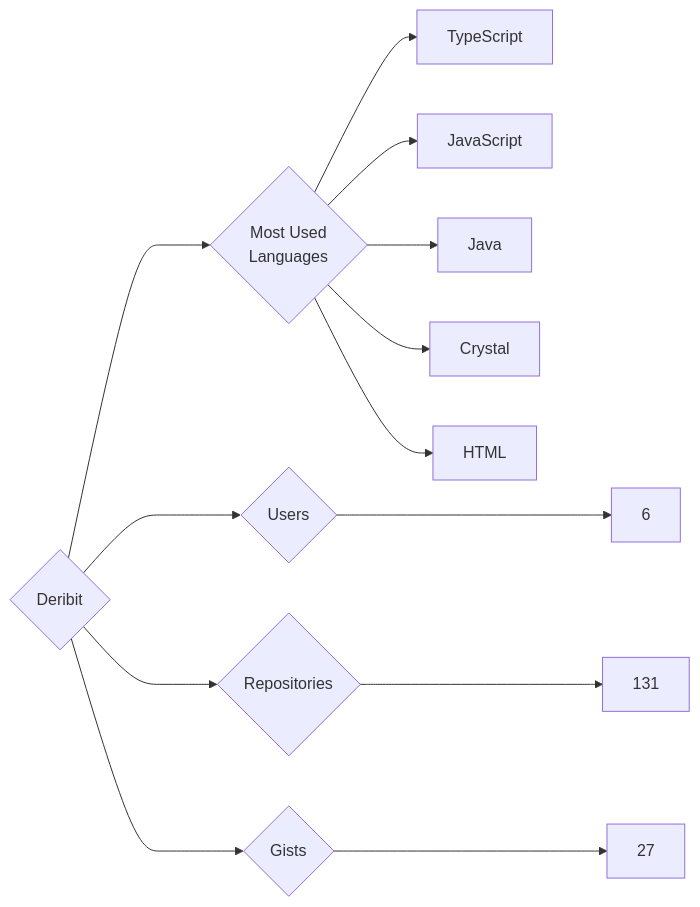
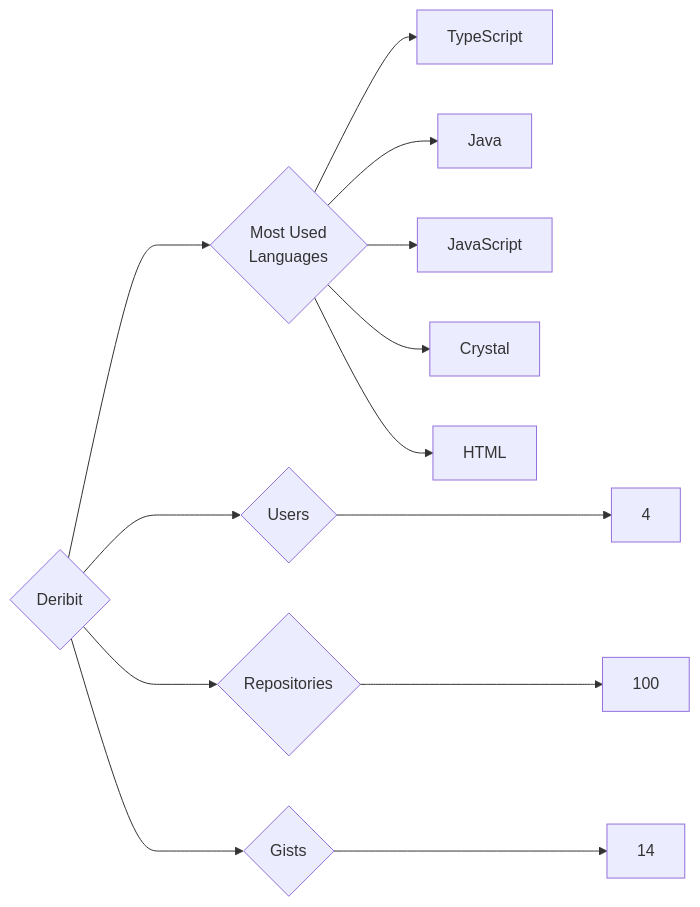
Before and after one commit to trickest/insiders: the diagram in targets/Deribit/README.md, drawn with Mermaid. The commit also changed 745 other files, not shown here.

````diff
--- a/targets/Deribit/README.md
+++ b/targets/Deribit/README.md
@@ -3,13 +3,13 @@
 ```mermaid
 graph LR
 COMPANY_NAME{Deribit}
-COMPANY_NAME ---> U{Users} ---> UN[6]
-COMPANY_NAME ---> R{Repositories} ---> RN[131]
-COMPANY_NAME ---> G{Gists} ---> GN[27]
+COMPANY_NAME ---> U{Users} ---> UN[4]
+COMPANY_NAME ---> R{Repositories} ---> RN[100]
+COMPANY_NAME ---> G{Gists} ---> GN[14]
 COMPANY_NAME ---> ML{Most Used<br>Languages}
 ML --> TypeScript[TypeScript]
+ML --> Java[Java]
 ML --> JavaScript[JavaScript]
-ML --> Java[Java]
 ML --> Crystal[Crystal]
 ML --> HTML[HTML]
 ```
````
